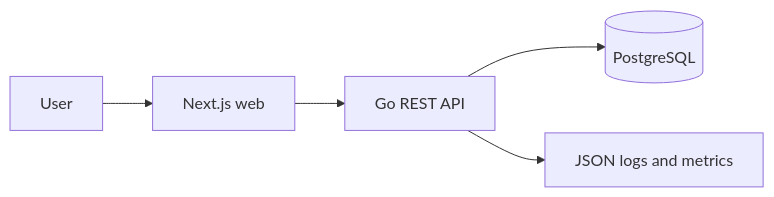
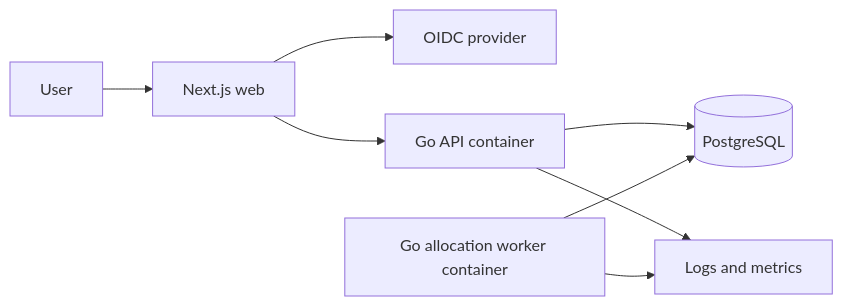
One commit to trmaphi/booking-scheduler changed the first of 6 diagrams in docs/system-design.md. Above: the diagram before and after it, drawn with Mermaid. The commit also changed other lines of this file and 1 other file, not shown here.

````diff
--- a/docs/system-design.md
+++ b/docs/system-design.md
@@ -9,7 +23,10 @@
 ```mermaid
 flowchart LR
     User[User] --> Web[Next.js web]
-    Web --> API[Go REST API]
+    Web --> IdP[OIDC provider]
+    Web --> API[Go API container]
     API --> DB[(PostgreSQL)]
-    API --> Telemetry[JSON logs and metrics]
+    Worker[Go allocation worker container] --> DB
+    API --> Telemetry[Logs and metrics]
+    Worker --> Telemetry
 ```
````
